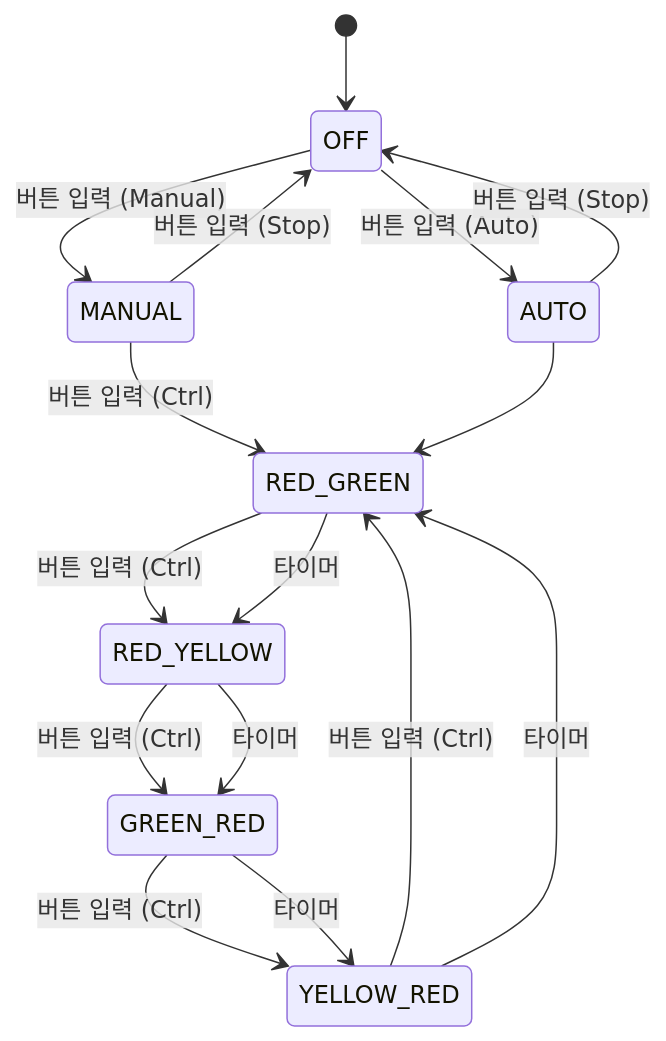
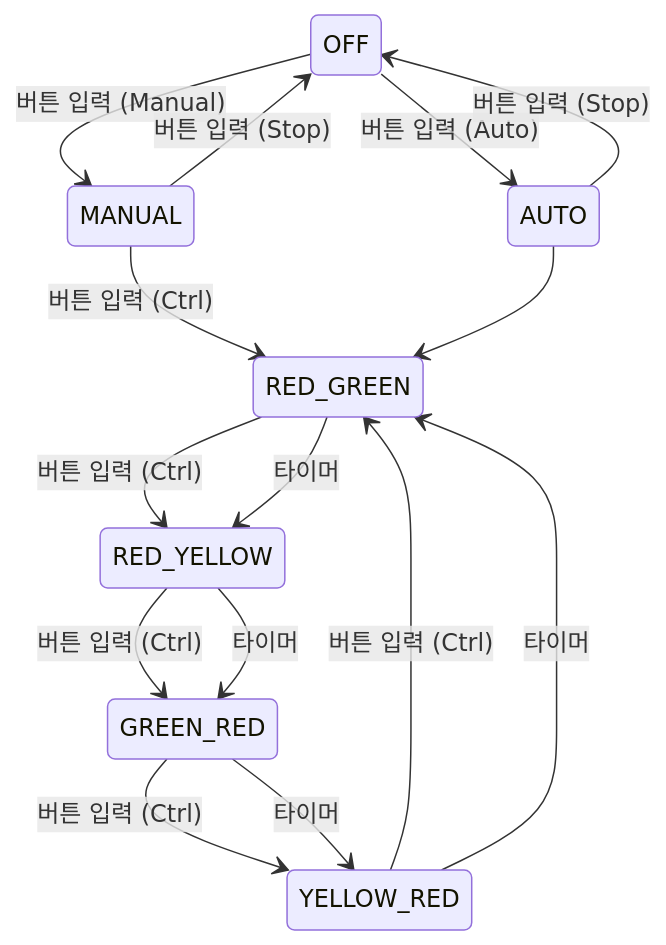
The diagram in README.md (kimdoha123/ATmega128_Smart_TrafficLight), drawn with Mermaid before and after one commit.

````diff
--- a/README.md
+++ b/README.md
@@ -22,18 +22,17 @@
 ```mermaid
 stateDiagram-v2
-    [*] --> OFF
     OFF --> MANUAL: 버튼 입력 (Manual)
     OFF --> AUTO: 버튼 입력 (Auto)
     MANUAL --> RED_GREEN: 버튼 입력 (Ctrl)
     RED_GREEN --> RED_YELLOW: 버튼 입력 (Ctrl)
     RED_YELLOW --> GREEN_RED: 버튼 입력 (Ctrl)
     GREEN_RED --> YELLOW_RED: 버튼 입력 (Ctrl)
     YELLOW_RED --> RED_GREEN: 버튼 입력 (Ctrl)
     AUTO --> RED_GREEN
     RED_GREEN --> RED_YELLOW: 타이머
     RED_YELLOW --> GREEN_RED: 타이머
     GREEN_RED --> YELLOW_RED: 타이머
     YELLOW_RED --> RED_GREEN: 타이머
     MANUAL --> OFF: 버튼 입력 (Stop)
     AUTO --> OFF: 버튼 입력 (Stop)
 ```
````
